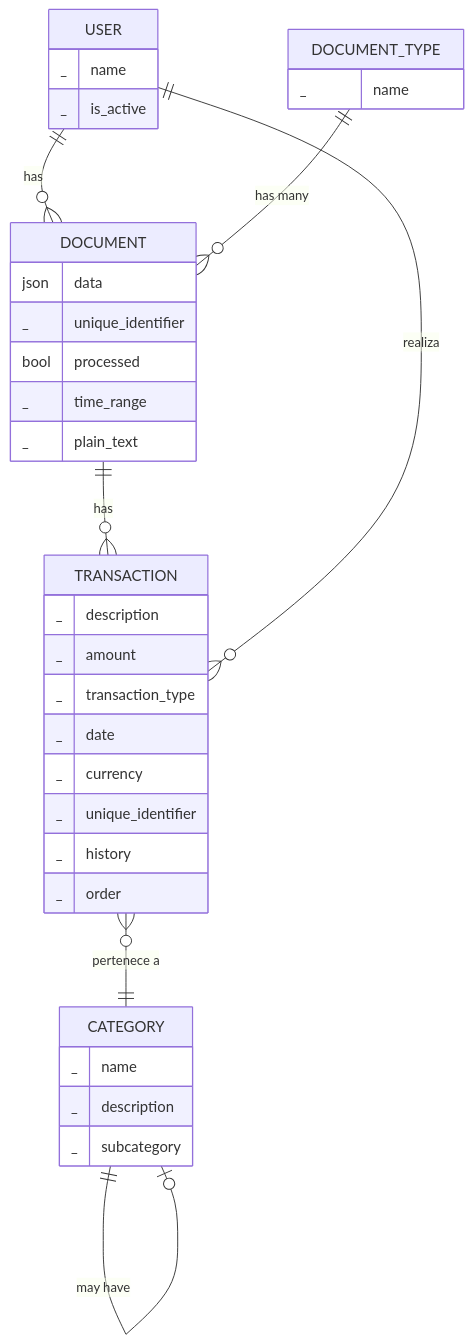
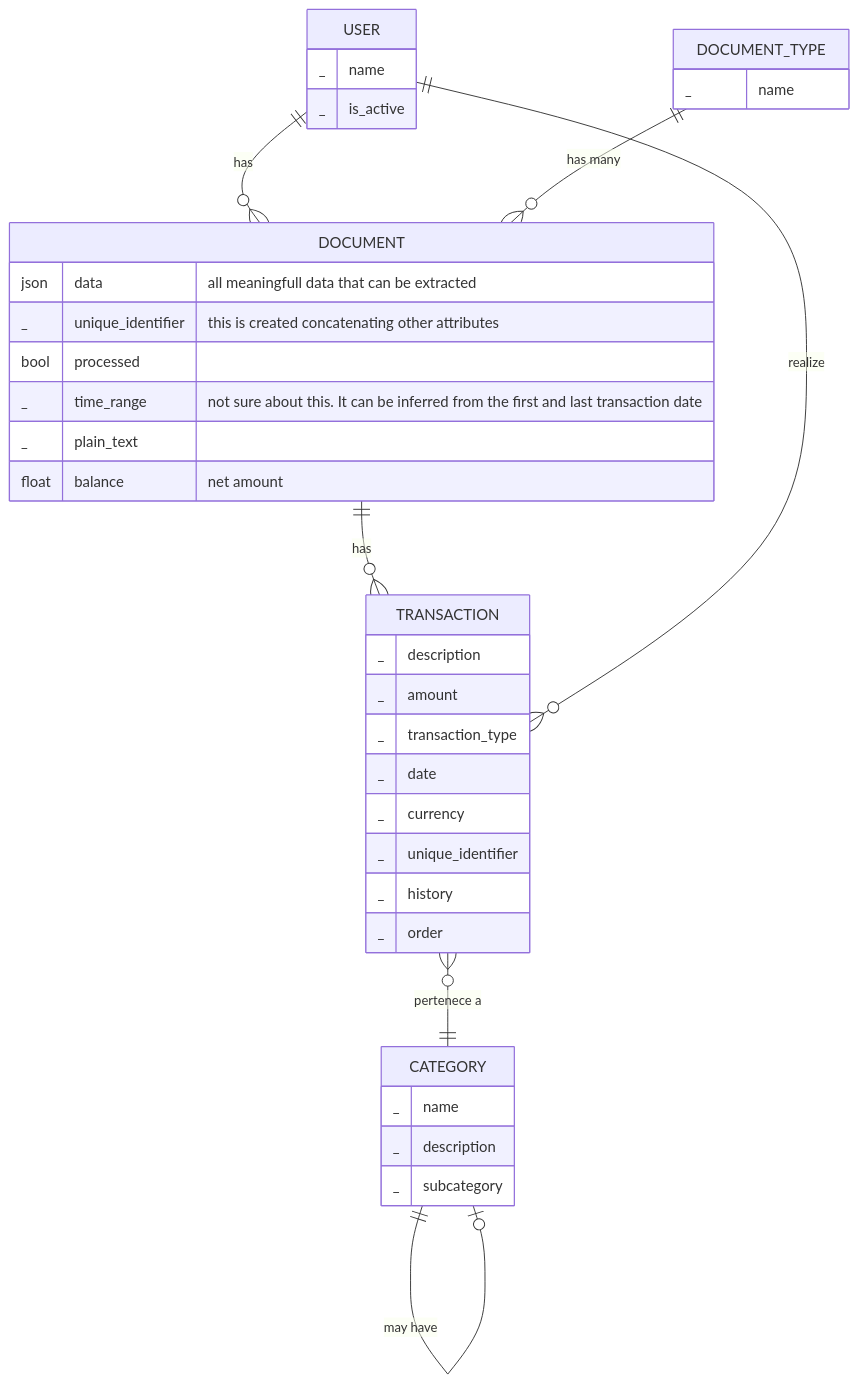
The first of 4 diagrams in README.md (josueelias9/improving-BCP-organizate), drawn with Mermaid before and after one commit. The commit also changed other lines of this file and 4 other files, not shown here.

````diff
--- a/README.md
+++ b/README.md
@@ -53,45 +22,46 @@
 ```mermaid
 erDiagram
     USER {
         _ name
         _ is_active
     }
 
     TRANSACTION {
         _ description
         _ amount
         _ transaction_type
         _ date
         _ currency
         _ unique_identifier 
         _ history
         _ order
     }
 
     CATEGORY {
         _ name
         _ description
         _ subcategory
     }
 
     DOCUMENT_TYPE {
         _ name
     }
 
 
     DOCUMENT {
-        json data
-        _ unique_identifier
+        json data "all meaningfull data that can be extracted"
+        _ unique_identifier "this is created concatenating other attributes"
         bool processed
-        _ time_range
+        _ time_range "not sure about this. It can be inferred from the first and last transaction date"
         _ plain_text
+        float balance "net amount"
     }
 
     %% Relaciones
     USER ||--o{ DOCUMENT : "has"
     DOCUMENT ||--o{ TRANSACTION : "has"
-    USER ||--o{ TRANSACTION : "realiza"
+    USER ||--o{ TRANSACTION : "realize"
     TRANSACTION }o--|| CATEGORY : "pertenece a"
     CATEGORY ||--o| CATEGORY : "may have"
     DOCUMENT_TYPE ||--o{ DOCUMENT : "has many"
 ```
````
